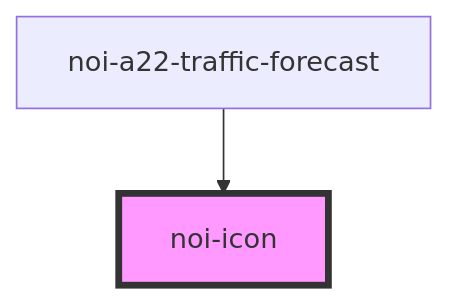
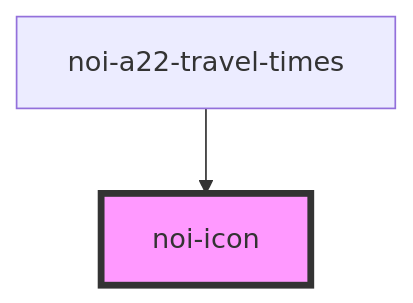
The diagram in src/blocks/icon/readme.md (noi-techpark/webcomp-a22-travel-times), drawn with Mermaid before and after one commit. The commit also changed other lines of this file and 4 other files, not shown here.

````diff
--- a/src/blocks/icon/readme.md
+++ b/src/blocks/icon/readme.md
@@ -36,5 +36,5 @@
 ```mermaid
 graph TD;
-  noi-a22-traffic-forecast --> noi-icon
+  noi-a22-travel-times --> noi-icon
   style noi-icon fill:#f9f,stroke:#333,stroke-width:4px
 ```
````
